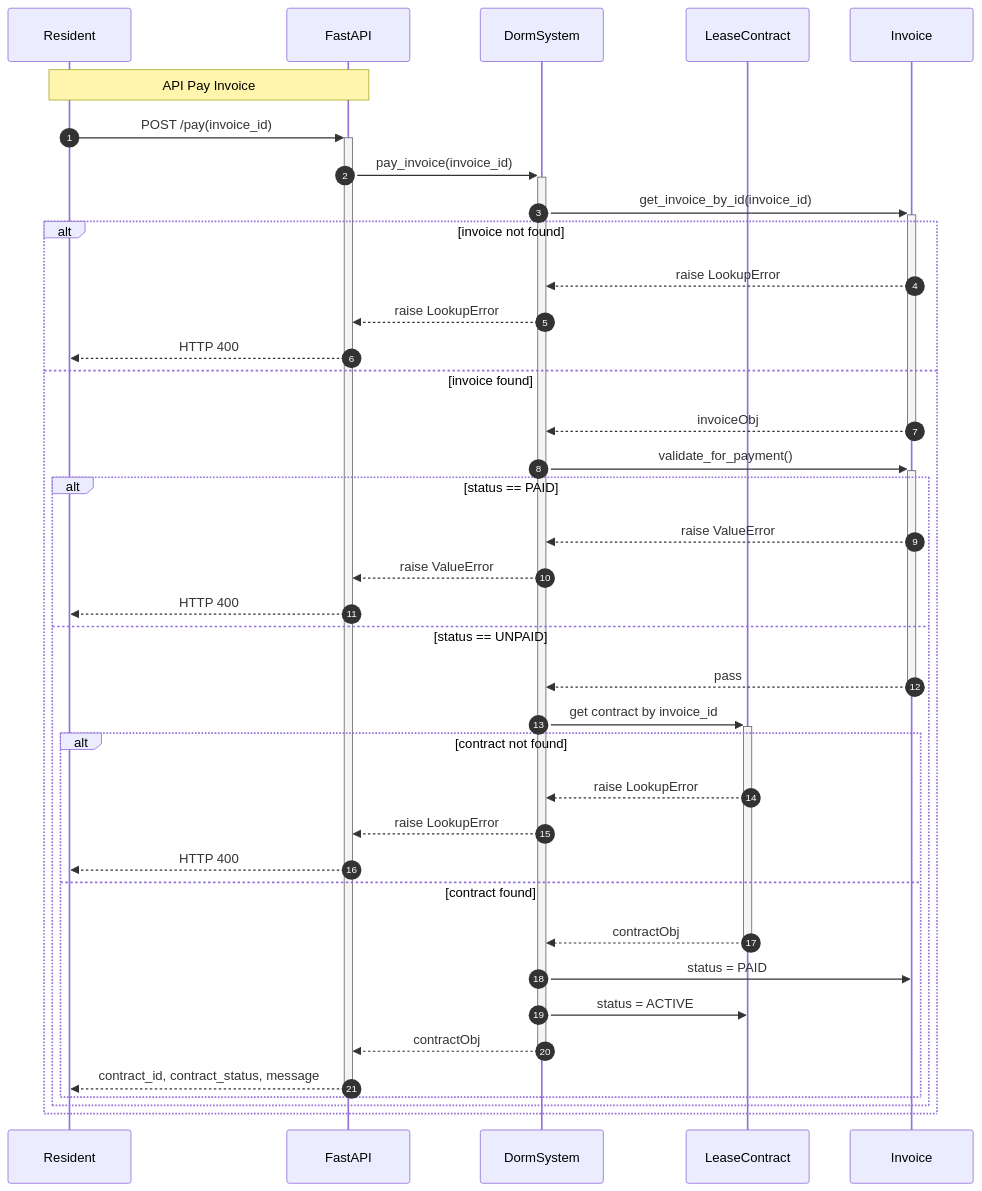
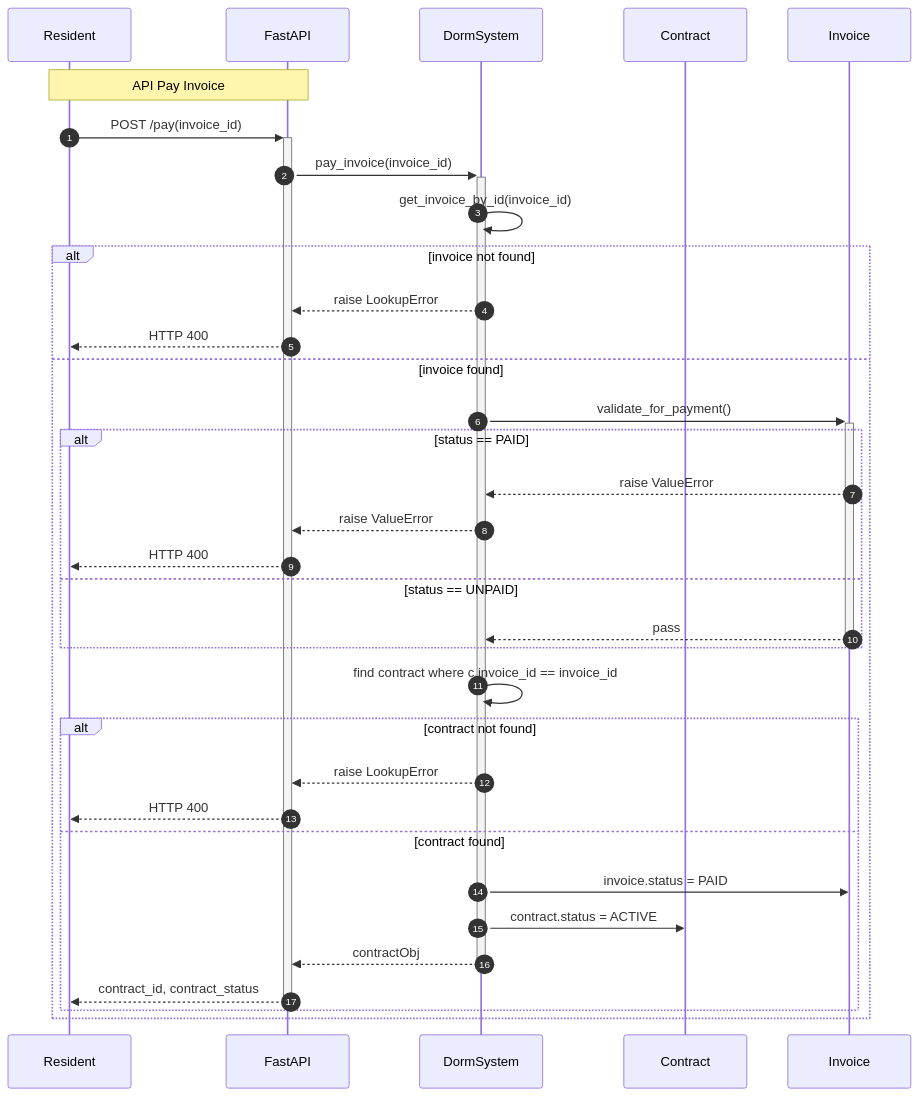
One commit to rnjjkk/Ducky-Dicka changed the diagram in sequence/sign-pay/pay.mmd. Above: the diagram before and after it, drawn with Mermaid. The commit also changed 1 other file, not shown here.

Commit message:
Edit sq diagram pay,sign

```diff
--- a/sequence/sign-pay/pay.mmd
+++ b/sequence/sign-pay/pay.mmd
@@ -1,48 +1,45 @@
 ---
 config:
 theme: neo-dark
 ---
 sequenceDiagram
     autonumber
     participant R as Resident
     participant API as FastAPI
     participant D as DormSystem
-    participant C as LeaseContract
+    participant C as Contract
     participant I as Invoice
 
     Note over R,API: API Pay Invoice
 
     R->>+API: POST /pay(invoice_id)
     API->>+D: pay_invoice(invoice_id)
 
-    D->>+I: get_invoice_by_id(invoice_id)
+    D->>D: get_invoice_by_id(invoice_id)
     alt invoice not found
-        I-->>D: raise LookupError
         D-->>API: raise LookupError
         API-->>R: HTTP 400
     else invoice found
-        I-->>-D: invoiceObj
 
         D->>+I: validate_for_payment()
         alt status == PAID
             I-->>D: raise ValueError
             D-->>API: raise ValueError
             API-->>R: HTTP 400
         else status == UNPAID
             I-->>-D: pass
+        end
 
-            D->>+C: get contract by invoice_id
-            alt contract not found
-                C-->>D: raise LookupError
-                D-->>API: raise LookupError
-                API-->>R: HTTP 400
-            else contract found
-                C-->>-D: contractObj
+        D->>D: find contract where c.invoice_id == invoice_id
+        alt contract not found
+            D-->>API: raise LookupError
+            API-->>R: HTTP 400
+        else contract found
 
-                D->>I: status = PAID
-                D->>C: status = ACTIVE
-                D-->>-API: contractObj
-                API-->>-R: contract_id, contract_status, message
-            end
+            D->>I: invoice.status = PAID
+            D->>C: contract.status = ACTIVE
+
+            D-->>-API: contractObj
+            API-->>-R: contract_id, contract_status
         end
     end
```
